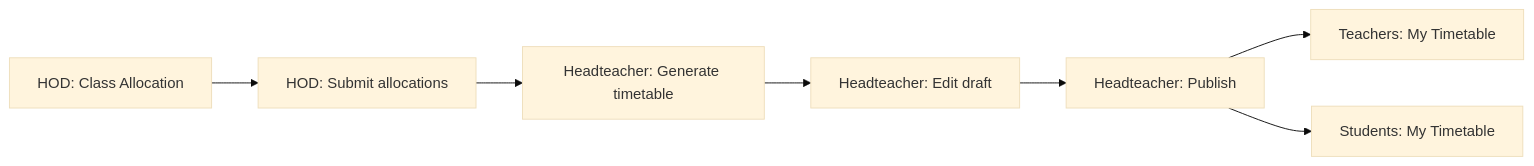
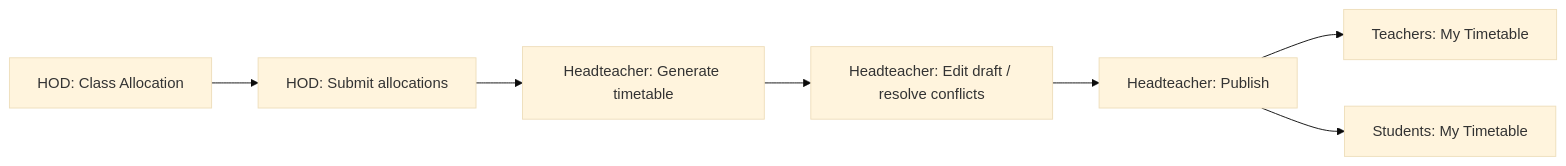
One commit to bernardzulu23/school_management_systems changed the diagram in docs/USER_GUIDE.md. Above: the diagram before and after it, drawn with Mermaid (base theme). The commit also changed other lines of this file, not shown here.

````diff
--- a/docs/USER_GUIDE.md
+++ b/docs/USER_GUIDE.md
@@ -611,9 +629,9 @@
 ```mermaid
 flowchart LR
   A[HOD: Class Allocation] --> B[HOD: Submit allocations]
   B --> C[Headteacher: Generate timetable]
-  C --> D[Headteacher: Edit draft]
+  C --> D[Headteacher: Edit draft / resolve conflicts]
   D --> E[Headteacher: Publish]
   E --> F[Teachers: My Timetable]
   E --> G[Students: My Timetable]
 ```
````
